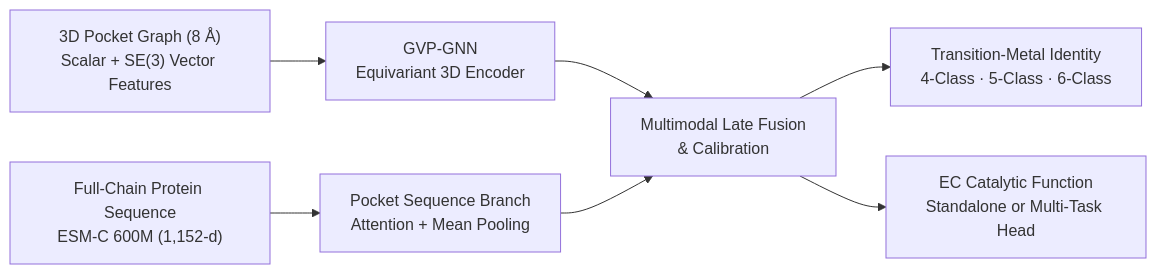
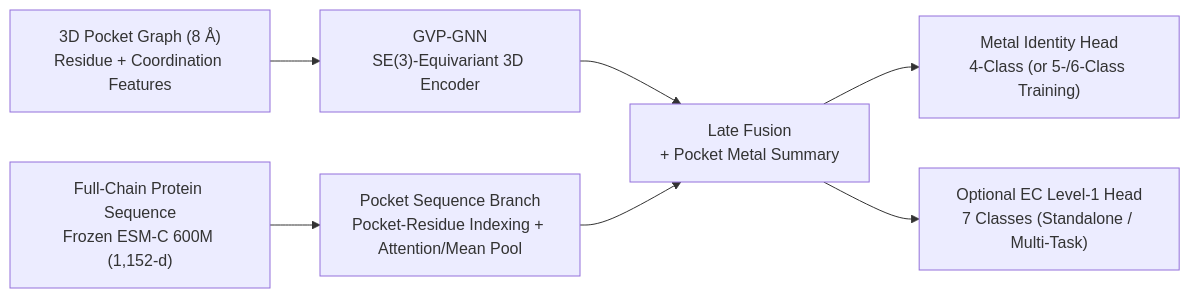
The diagram in README.md (MECHTI1/DeepMzyme), drawn with Mermaid before and after one commit. The commit also changed other lines of this file and 11 other files, not shown here.

Commit message:
docs(readme): align benchmark claims, architecture table, quick start, and figures with audit evidence

````diff
--- a/README.md
+++ b/README.md
@@ -30,9 +32,9 @@
 ```mermaid
 flowchart LR
-    Pocket["3D Pocket Graph (8 Å)<br/>Scalar + SE(3) Vector Features"] --> GVP["GVP-GNN<br/>Equivariant 3D Encoder"]
-    Seq["Full-Chain Protein Sequence<br/>ESM-C 600M (1,152-d)"] --> ESM["Pocket Sequence Branch<br/>Attention + Mean Pooling"]
-    GVP --> Fusion["Multimodal Late Fusion<br/>& Calibration"]
+    Pocket["3D Pocket Graph (8 Å)<br/>Residue + Coordination Features"] --> GVP["GVP-GNN<br/>SE(3)-Equivariant 3D Encoder"]
+    Seq["Full-Chain Protein Sequence<br/>Frozen ESM-C 600M (1,152-d)"] --> ESM["Pocket Sequence Branch<br/>Pocket-Residue Indexing + Attention/Mean Pool"]
+    GVP --> Fusion["Late Fusion<br/>+ Pocket Metal Summary"]
     ESM --> Fusion
-    Fusion --> Metal["Transition-Metal Identity<br/>4-Class · 5-Class · 6-Class"]
-    Fusion --> EC["EC Catalytic Function<br/>Standalone or Multi-Task Head"]
+    Fusion --> Metal["Metal Identity Head<br/>4-Class (or 5-/6-Class Training)"]
+    Fusion --> EC["Optional EC Level-1 Head<br/>7 Classes (Standalone / Multi-Task)"]
 ```
````
